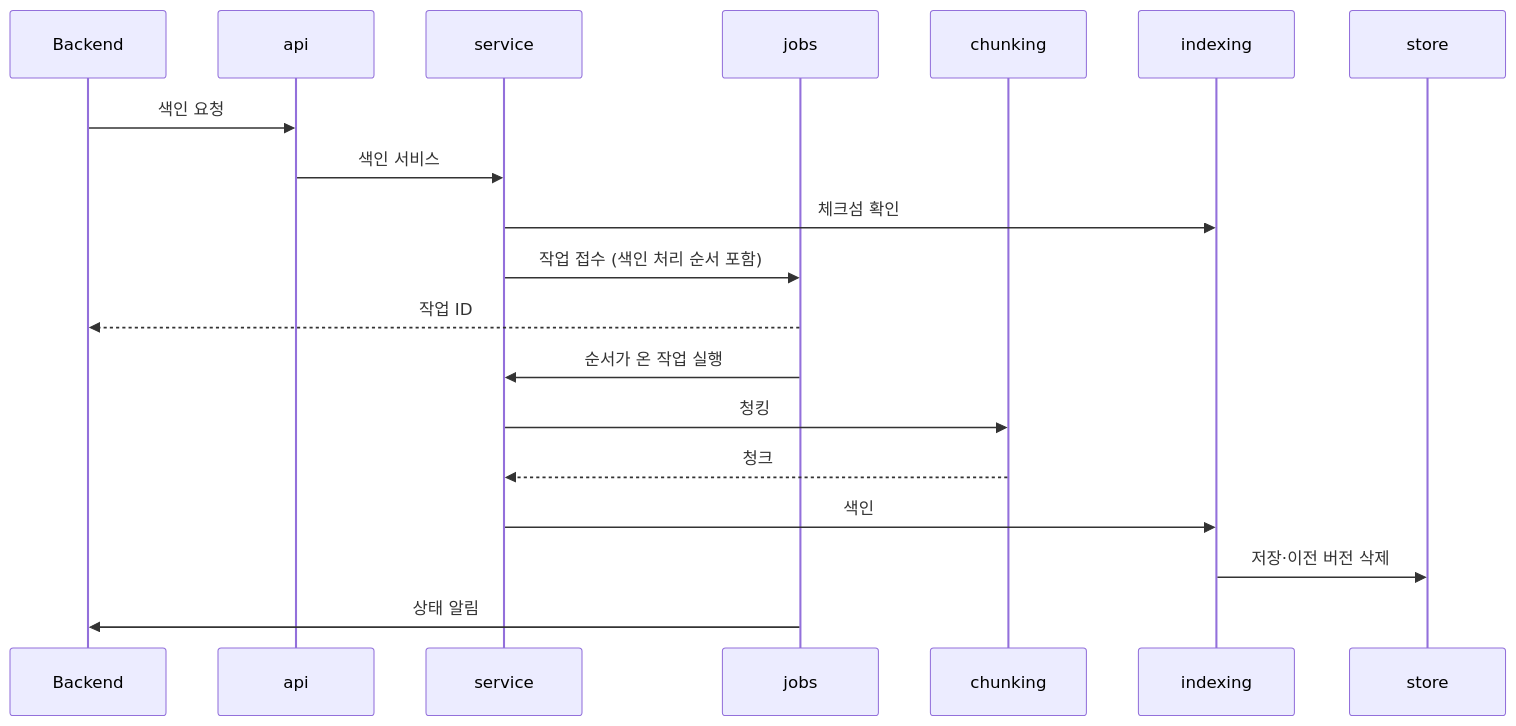
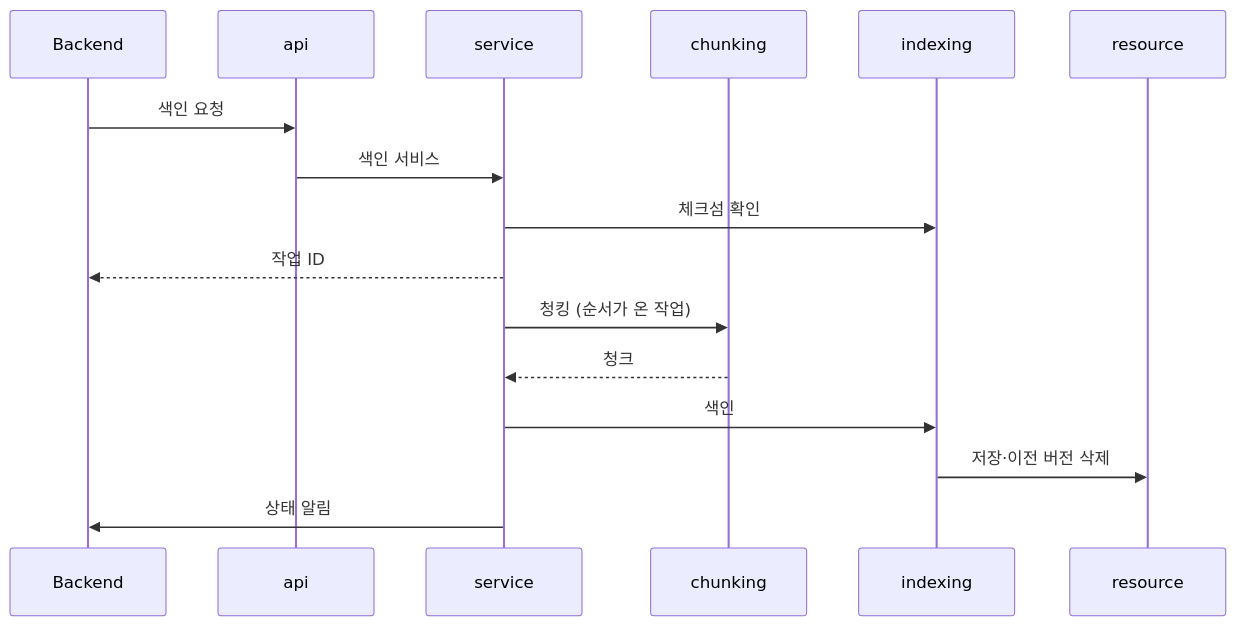
One commit to victor7-aquila/minerva changed the third of 4 diagrams in apps/rag-server/ARCHITECT.md. Above: the diagram before and after it, drawn with Mermaid. The commit also changed other lines of this file and 19 other files, not shown here.

````diff
--- a/apps/rag-server/ARCHITECT.md
+++ b/apps/rag-server/ARCHITECT.md
@@ -153,21 +136,18 @@
 ```mermaid
 sequenceDiagram
     participant BE as Backend
     participant API as api
     participant SV as service
-    participant J as jobs
     participant C as chunking
     participant I as indexing
-    participant ST as store
+    participant R as resource
     BE->>API: 색인 요청
     API->>SV: 색인 서비스
     SV->>I: 체크섬 확인
-    SV->>J: 작업 접수 (색인 처리 순서 포함)
-    J-->>BE: 작업 ID
-    J->>SV: 순서가 온 작업 실행
-    SV->>C: 청킹
+    SV-->>BE: 작업 ID
+    SV->>C: 청킹 (순서가 온 작업)
     C-->>SV: 청크
     SV->>I: 색인
-    I->>ST: 저장·이전 버전 삭제
-    J->>BE: 상태 알림
+    I->>R: 저장·이전 버전 삭제
+    SV->>BE: 상태 알림
 ```
````
